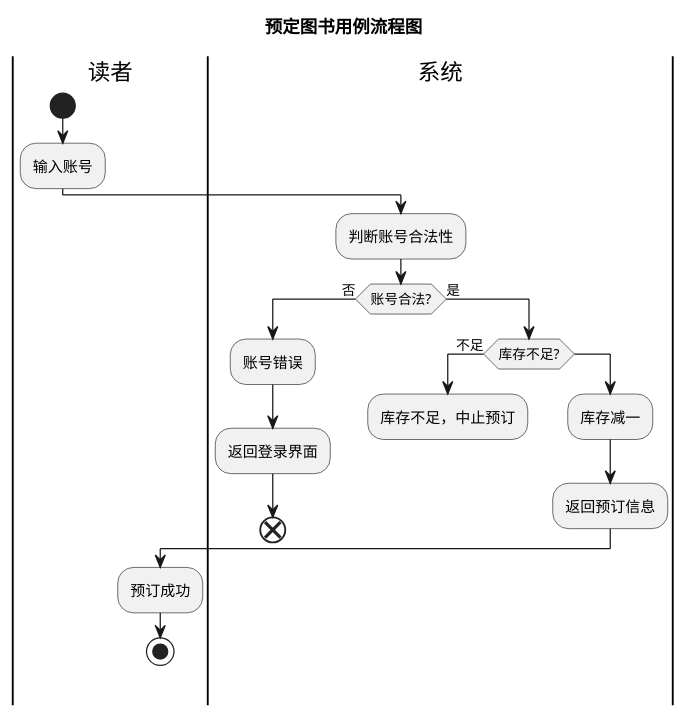
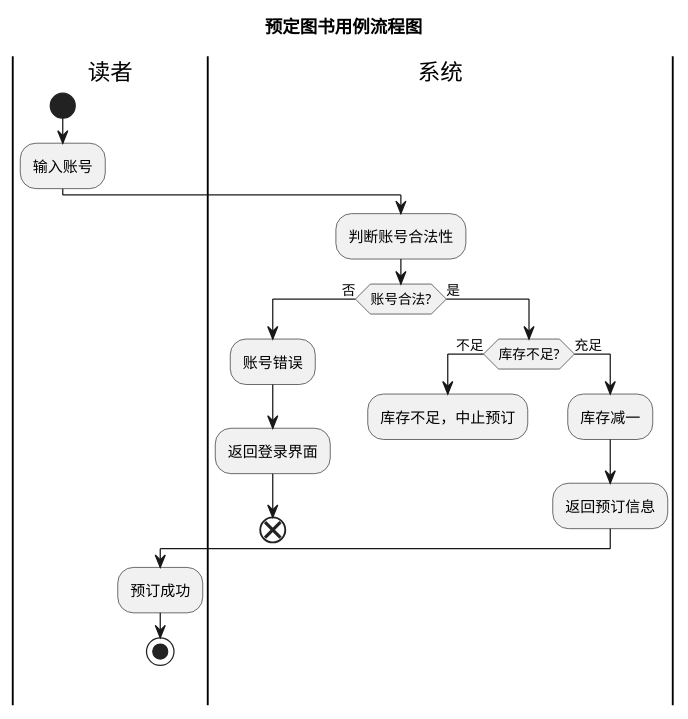
One commit to Landy7/is_analysis changed the diagram in test2/usecase6.md. Above: the diagram before and after it, drawn with PlantUML. The commit also changed 3 other files, not shown here.

```diff
--- a/test2/usecase6.md
+++ b/test2/usecase6.md
@@ -1,23 +1,23 @@
 @startuml
 title:预定图书用例流程图
 |读者|
 start
 :输入账号;
 	|系统|
     :判断账号合法性;
 if(账号合法?) then (否)
 |系统|
 :账号错误;
 :返回登录界面;
 end
 else(是)
 if(库存不足?) then (不足)
 	:库存不足，中止预订;
 	detach
-else
+else (充足)
 	:库存减一;
 :返回预订信息;
 |读者|
 :预订成功;
 stop
 @enduml
```
